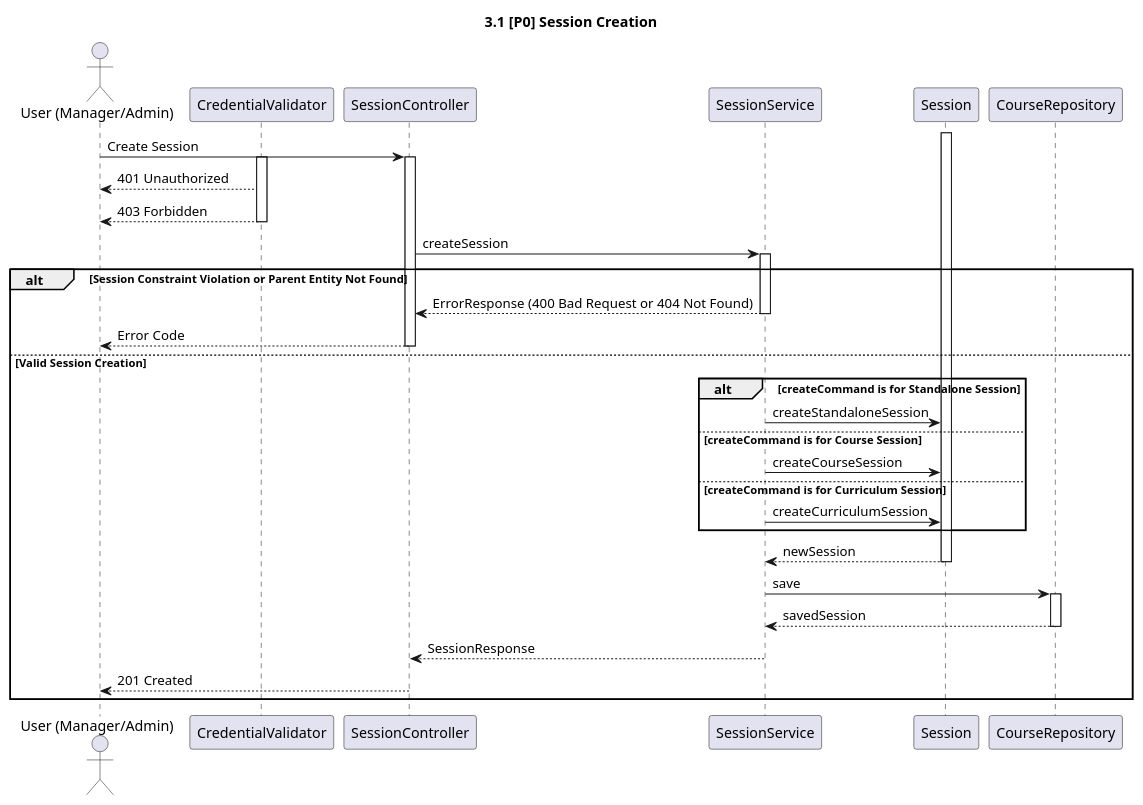
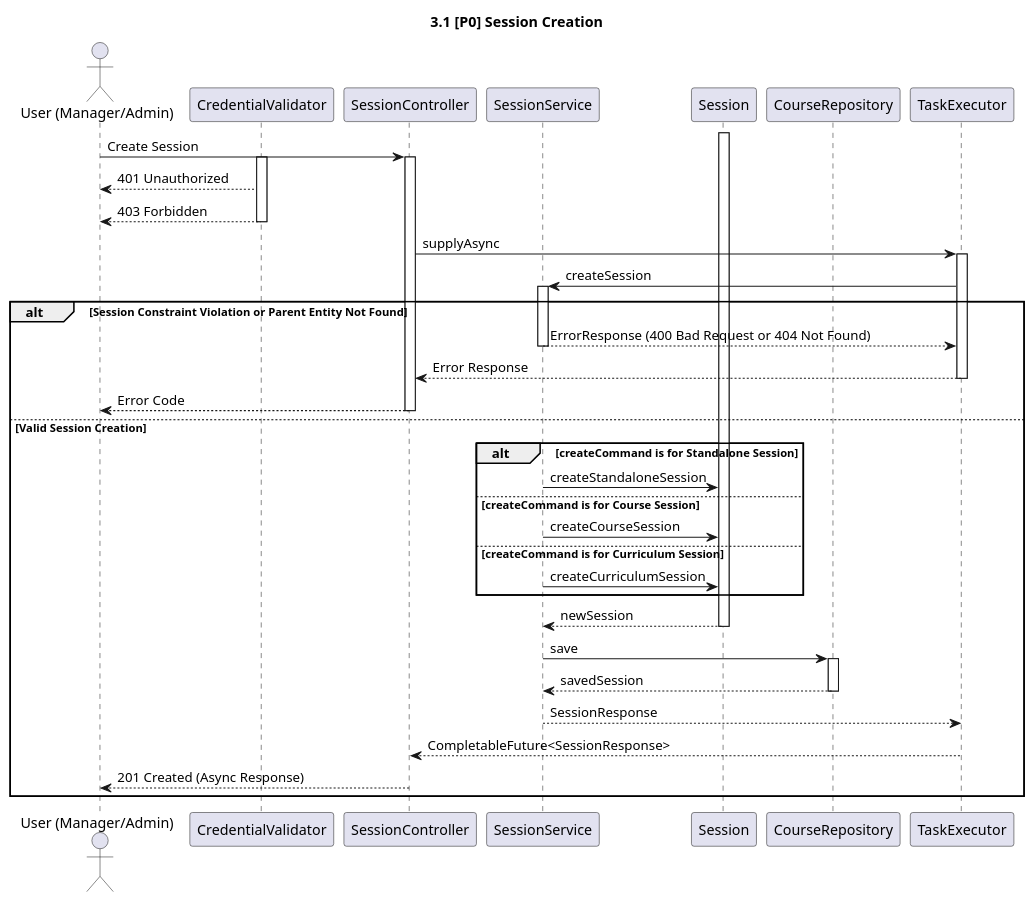
One commit to f-lab-edu/learning-manager changed the diagram in docs/sequences/3.1_session_creation.puml. Above: the diagram before and after it, drawn with PlantUML. The commit also changed 15 other files, not shown here.

```diff
--- a/docs/sequences/3.1_session_creation.puml
+++ b/docs/sequences/3.1_session_creation.puml
@@ -1,52 +1,61 @@
 @startuml
 
 title 3.1 [P0] Session Creation
 
 actor "User (Manager/Admin)" as User
 participant "CredentialValidator" as Validator
 participant "SessionController" as Controller
 participant "SessionService" as AppService
 participant "Session" as SessionDomain
 participant "CourseRepository" as Repository
+participant "TaskExecutor" as TaskExecutor
 
 User -> Controller: Create Session
 activate Validator
 activate Controller
 Validator --> User: 401 Unauthorized
 Validator --> User: 403 Forbidden
 deactivate Validator
 
-Controller -> AppService: createSession
+Controller -> TaskExecutor: supplyAsync
+activate TaskExecutor
+
+TaskExecutor -> AppService: createSession
 activate AppService
 alt Session Constraint Violation or Parent Entity Not Found
-    AppService --> Controller: ErrorResponse (400 Bad Request or 404 Not Found)
+    AppService --> TaskExecutor: ErrorResponse (400 Bad Request or 404 Not Found)
     deactivate AppService
+    TaskExecutor --> Controller: Error Response
+    deactivate TaskExecutor
     Controller --> User: Error Code
     deactivate Controller
 else Valid Session Creation
 
 alt createCommand is for Standalone Session
     AppService -> SessionDomain: createStandaloneSession
 else createCommand is for Course Session
     AppService -> SessionDomain: createCourseSession
 else createCommand is for Curriculum Session
     AppService -> SessionDomain: createCurriculumSession
 end
 activate SessionDomain
 SessionDomain --> AppService: newSession
 deactivate SessionDomain
 
 AppService -> Repository: save
 activate Repository
 Repository --> AppService: savedSession
 deactivate Repository
 
-AppService --> Controller: SessionResponse
+AppService --> TaskExecutor: SessionResponse
 deactivate AppService
 
-Controller --> User: 201 Created
+TaskExecutor --> Controller: CompletableFuture<SessionResponse>
+deactivate TaskExecutor
+
+Controller --> User: 201 Created (Async Response)
 deactivate Controller
 
 end
 
 @enduml
```
